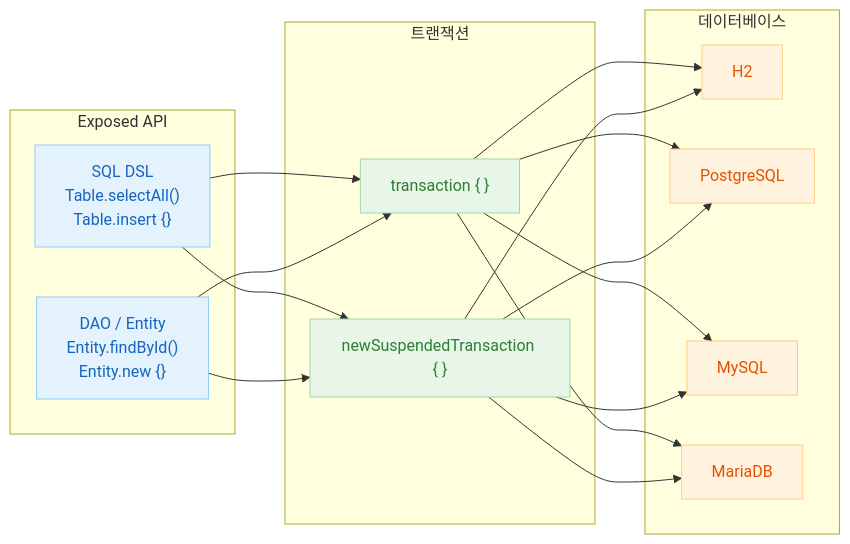
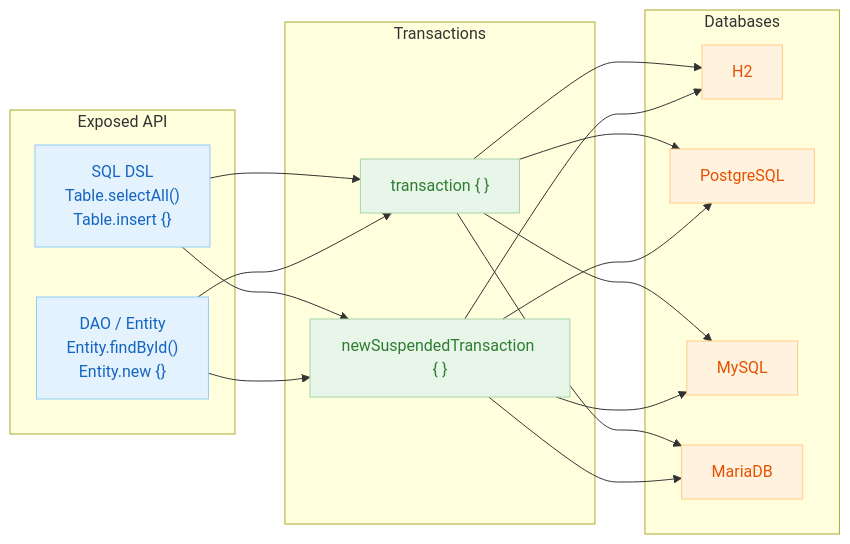
Before and after one commit to bluetape4k/exposed-workshop: the first of 3 diagrams in README.md, drawn with Mermaid. The commit also changed other lines of this file and 115 other files, not shown here.

````diff
--- a/README.md
+++ b/README.md
@@ -23,34 +25,34 @@
 ```mermaid
 flowchart LR
     subgraph API["Exposed API"]
         DSL["SQL DSL\nTable.selectAll()\nTable.insert {}"]
         DAO["DAO / Entity\nEntity.findById()\nEntity.new {}"]
     end
 
-    subgraph TX["트랜잭션"]
+    subgraph TX["Transactions"]
         JDBC["transaction { }"]
         SUSPEND["newSuspendedTransaction { }"]
     end
 
-    subgraph DB["데이터베이스"]
+    subgraph DB["Databases"]
         H2["H2"]
         PG["PostgreSQL"]
         MY["MySQL"]
         MA["MariaDB"]
     end
 
     DSL --> JDBC
     DSL --> SUSPEND
     DAO --> JDBC
     DAO --> SUSPEND
     JDBC --> H2 & PG & MY & MA
     SUSPEND --> H2 & PG & MY & MA
 
     classDef api fill:#E3F2FD,stroke:#90CAF9,color:#1565C0
     classDef tx fill:#E8F5E9,stroke:#A5D6A7,color:#2E7D32
     classDef db fill:#FFF3E0,stroke:#FFCC80,color:#E65100
 
     class DSL,DAO api
     class JDBC,SUSPEND tx
     class H2,PG,MY,MA db
 ```
````
